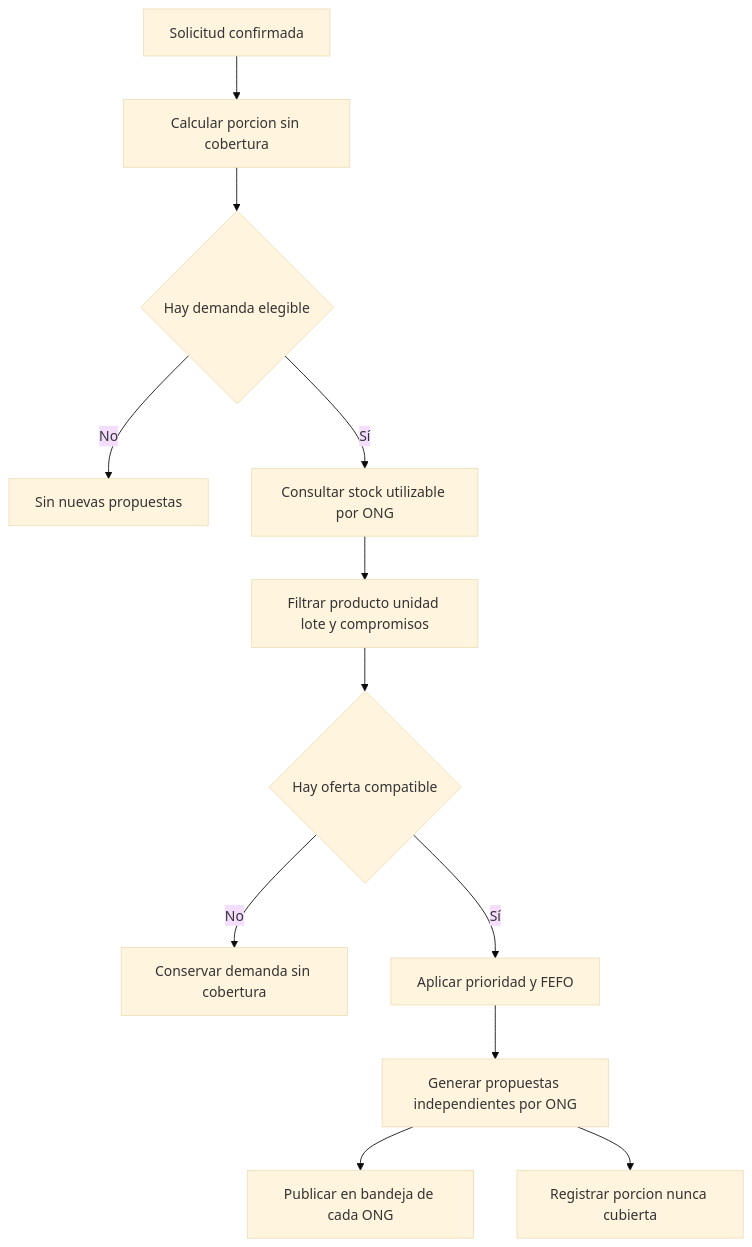
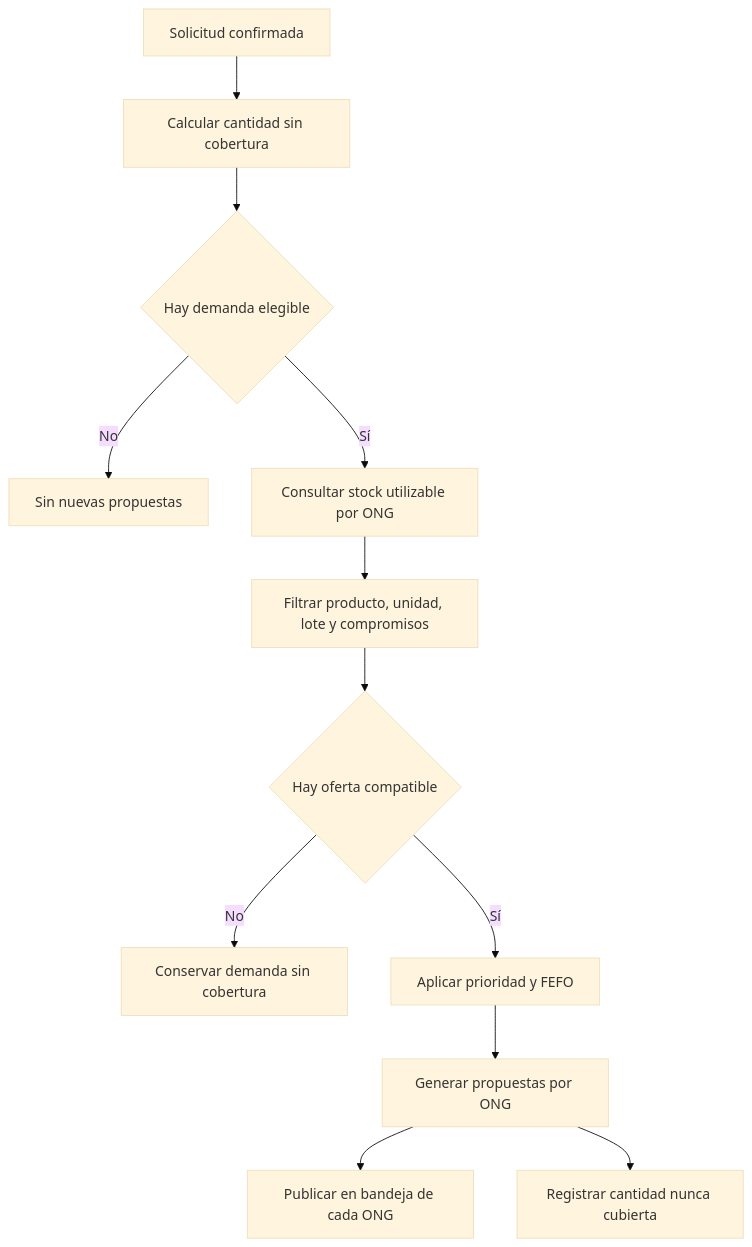
Before and after one commit to EderPanta18/alivia-humanitarian-system-design: the diagram in docs/02-procesos/02-matching.md, drawn with Mermaid (base theme). The commit also changed other lines of this file and 44 other files, not shown here.

````diff
--- a/docs/02-procesos/02-matching.md
+++ b/docs/02-procesos/02-matching.md
@@ -41,14 +71,14 @@
 ```mermaid
 flowchart TD
-  A[Solicitud confirmada] --> B[Calcular porcion sin cobertura]
-  B --> C{Hay demanda elegible}
-  C -- No --> Z[Sin nuevas propuestas]
-  C -- Sí --> D[Consultar stock utilizable por ONG]
-  D --> E[Filtrar producto unidad lote y compromisos]
-  E --> F{Hay oferta compatible}
-  F -- No --> G[Conservar demanda sin cobertura]
-  F -- Sí --> H[Aplicar prioridad y FEFO]
-  H --> I[Generar propuestas independientes por ONG]
-  I --> J[Publicar en bandeja de cada ONG]
-  I --> K[Registrar porcion nunca cubierta]
+    A[Solicitud confirmada] --> B[Calcular cantidad sin cobertura]
+    B --> C{Hay demanda elegible}
+    C -- No --> Z[Sin nuevas propuestas]
+    C -- Sí --> D[Consultar stock utilizable por ONG]
+    D --> E[Filtrar producto, unidad, lote y compromisos]
+    E --> F{Hay oferta compatible}
+    F -- No --> G[Conservar demanda sin cobertura]
+    F -- Sí --> H[Aplicar prioridad y FEFO]
+    H --> I[Generar propuestas por ONG]
+    I --> J[Publicar en bandeja de cada ONG]
+    I --> K[Registrar cantidad nunca cubierta]
 ```
````
